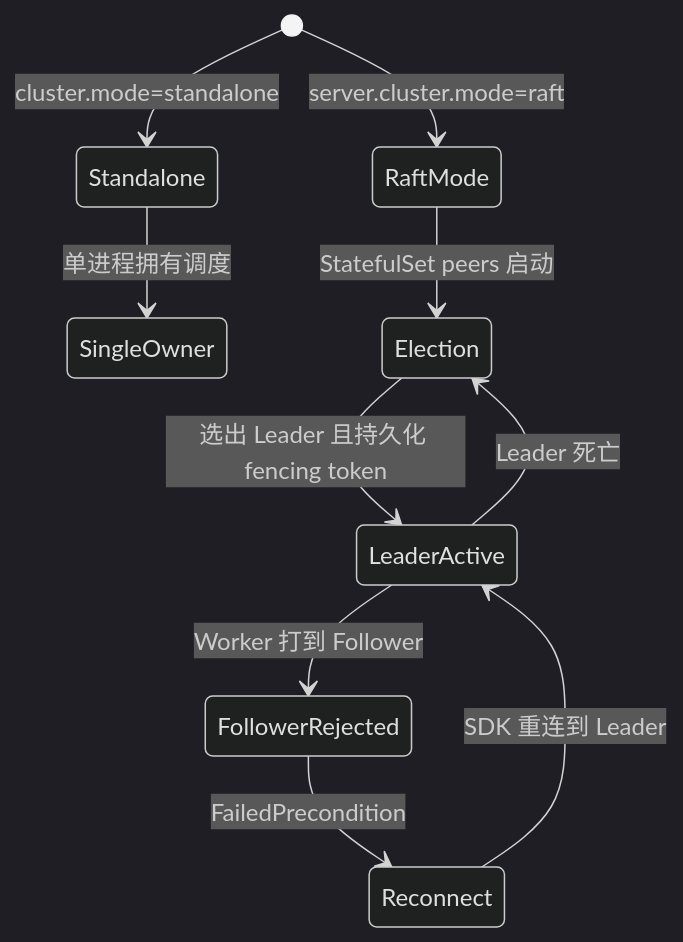
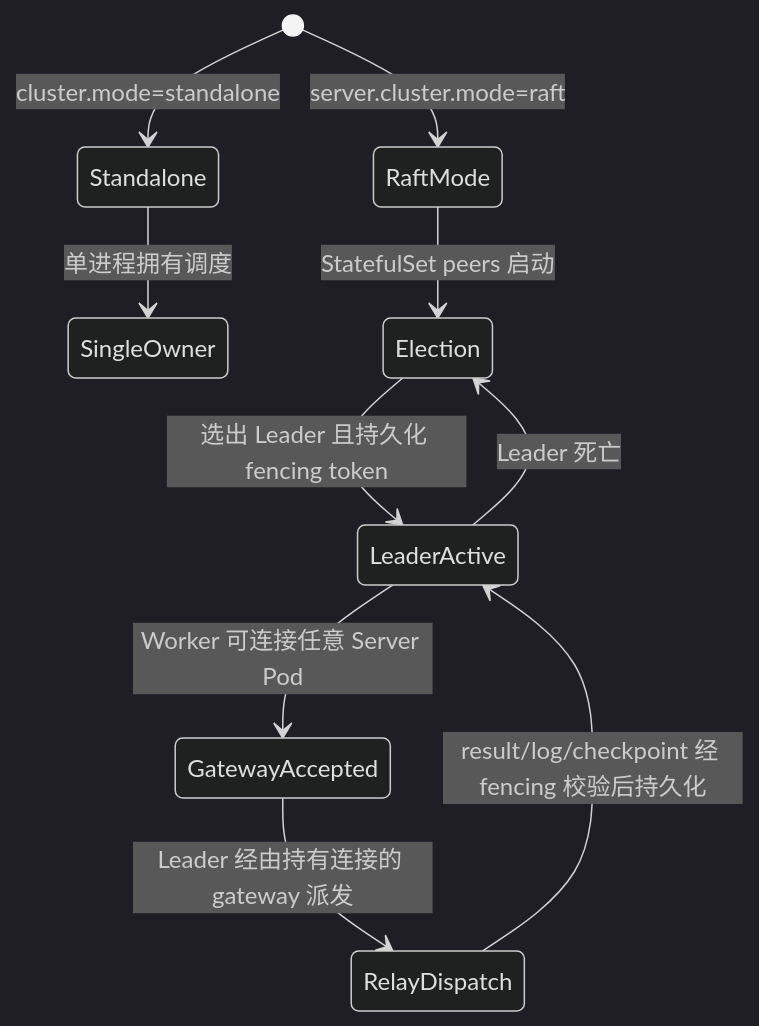
Before and after one commit to yhyzgn/tikeo: the second of 4 diagrams in docs/i18n/zh-CN/docusaurus-plugin-content-docs/current/deployment/server-ha.md, drawn with Mermaid (dark theme). The commit also changed other lines of this file and 29 other files, not shown here.

First line of the commit message:
Route worker tunnels through gateway pods

````diff
--- a/docs/i18n/zh-CN/docusaurus-plugin-content-docs/current/deployment/server-ha.md
+++ b/docs/i18n/zh-CN/docusaurus-plugin-content-docs/current/deployment/server-ha.md
@@ -70,12 +70,12 @@
 ```mermaid
 stateDiagram-v2
   [*] --> Standalone: cluster.mode=standalone
   Standalone --> SingleOwner: 单进程拥有调度
   [*] --> RaftMode: server.cluster.mode=raft
   RaftMode --> Election: StatefulSet peers 启动
   Election --> LeaderActive: 选出 Leader 且持久化 fencing token
-  LeaderActive --> FollowerRejected: Worker 打到 Follower
-  FollowerRejected --> Reconnect: FailedPrecondition
-  Reconnect --> LeaderActive: SDK 重连到 Leader
+  LeaderActive --> GatewayAccepted: Worker 可连接任意 Server Pod
+  GatewayAccepted --> RelayDispatch: Leader 经由持有连接的 gateway 派发
+  RelayDispatch --> LeaderActive: result/log/checkpoint 经 fencing 校验后持久化
   LeaderActive --> Election: Leader 死亡
 ```
````
